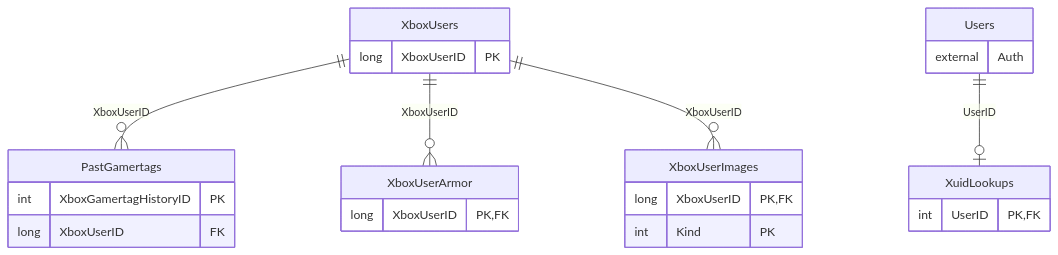
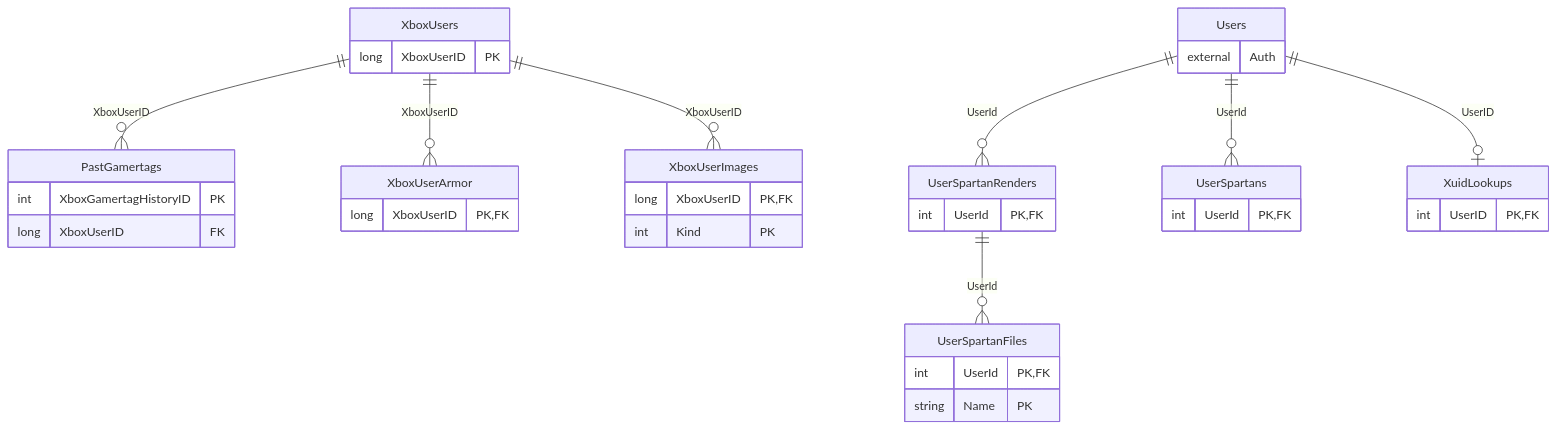
Before and after one commit to PlayGrifball/GrifballWebApp: the ninth of 9 diagrams in docs/database.md, drawn with Mermaid. The commit also changed other lines of this file and 19 other files, not shown here.

````diff
--- a/docs/database.md
+++ b/docs/database.md
@@ -542,27 +542,40 @@
 ```mermaid
 erDiagram
     PastGamertags {
         int XboxGamertagHistoryID PK
         long XboxUserID FK
+    }
+    UserSpartanFiles {
+        int UserId PK, FK
+        string Name PK
+    }
+    UserSpartanRenders {
+        int UserId PK, FK
+    }
+    UserSpartans {
+        int UserId PK, FK
     }
     XboxUserArmor {
         long XboxUserID PK, FK
     }
     XboxUserImages {
         long XboxUserID PK, FK
         int Kind PK
     }
     XboxUsers {
         long XboxUserID PK
     }
     XuidLookups {
         int UserID PK, FK
     }
     Users {
         external Auth
     }
+    UserSpartanRenders ||--o{ UserSpartanFiles : "UserId"
+    Users ||--o{ UserSpartanRenders : "UserId"
+    Users ||--o{ UserSpartans : "UserId"
     Users ||--o| XuidLookups : "UserID"
     XboxUsers ||--o{ PastGamertags : "XboxUserID"
     XboxUsers ||--o{ XboxUserArmor : "XboxUserID"
     XboxUsers ||--o{ XboxUserImages : "XboxUserID"
 ```
````
